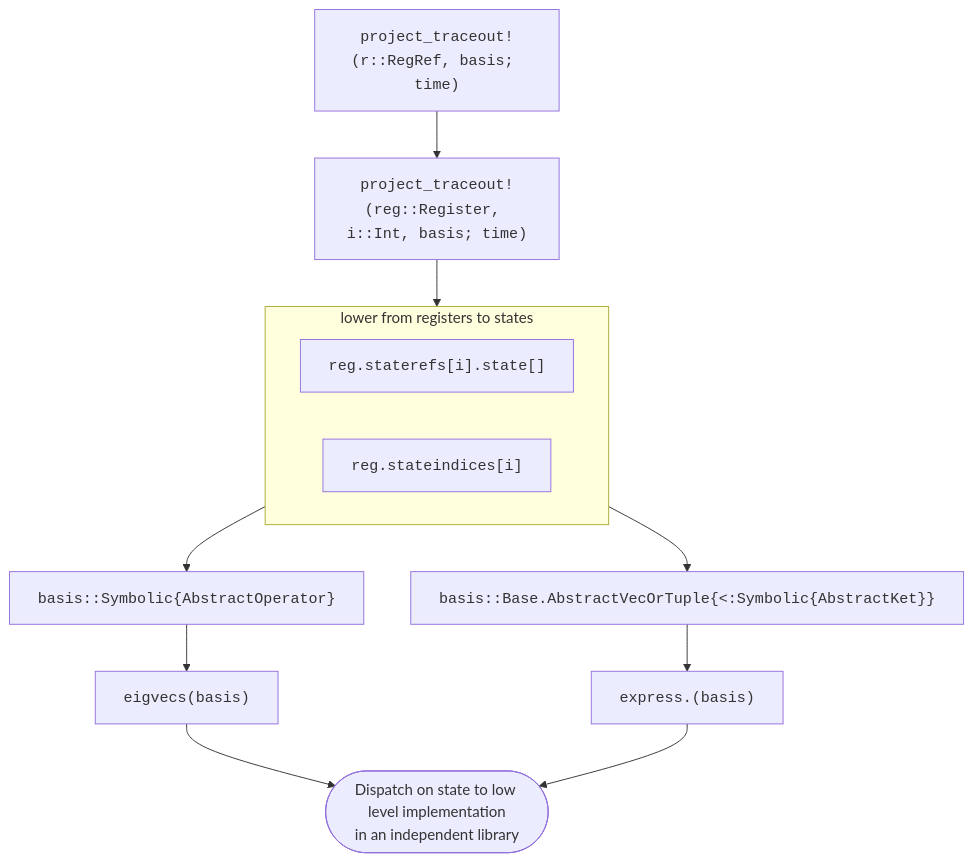
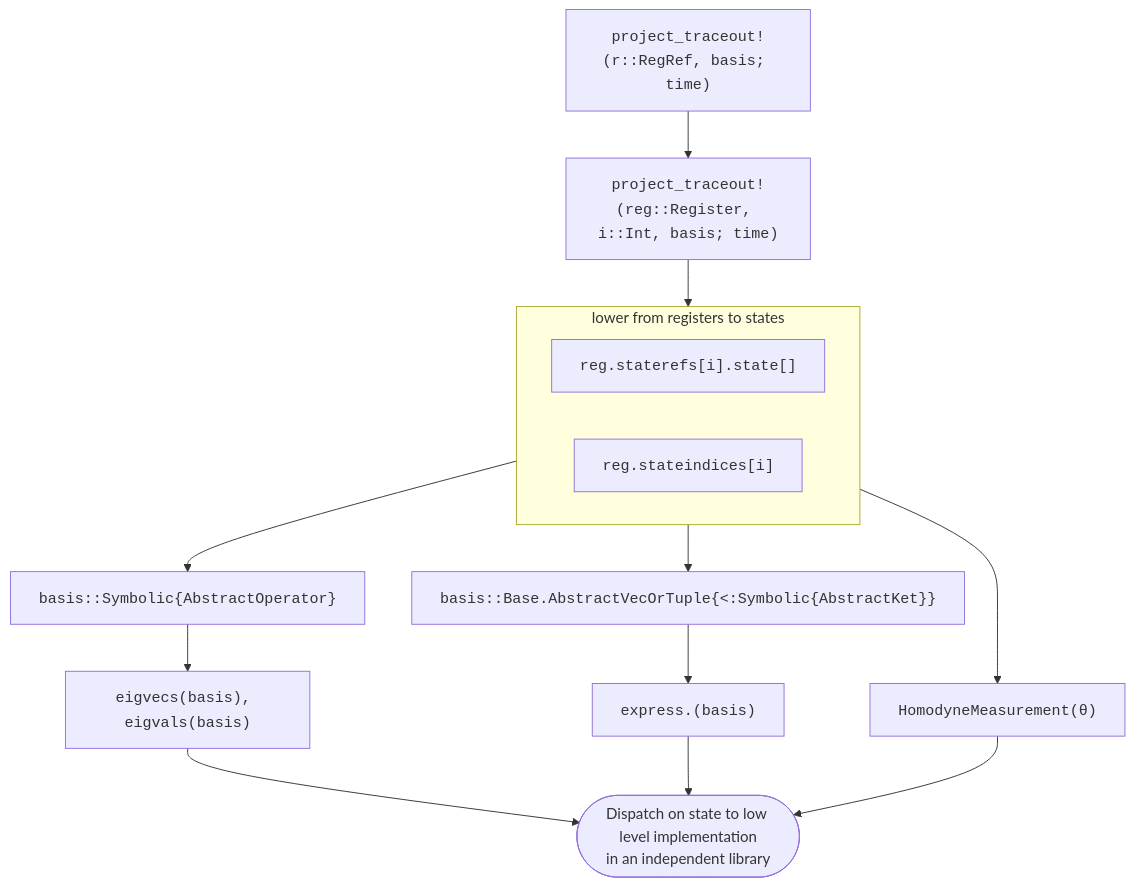
One commit to QuantumSavory/QuantumSavory.jl changed the fourth of 8 diagrams in docs/src/register_interface.md. Above: the diagram before and after it, drawn with Mermaid. The commit also changed other lines of this file and 37 other files, not shown here.

````diff
--- a/docs/src/register_interface.md
+++ b/docs/src/register_interface.md
@@ -220,18 +229,20 @@
 ```mermaid
 flowchart TB
   A["<code>project_traceout!(r::RegRef, basis; time)</code>"]
   B["<code>project_traceout!(reg::Register, i::Int, basis; time)</code>"]
   subgraph TOP [lower from registers to states]
     direction LR
     D1["<code>reg.staterefs[i].state[]</code>"]
     D2["<code>reg.stateindices[i]</code>"]
   end
   E1["<code>basis::Symbolic{AbstractOperator}</code>"]
-  F1["<code>eigvecs(basis)</code>"]
+  F1["<code>eigvecs(basis), eigvals(basis)</code>"]
   E2["<code>basis::Base.AbstractVecOrTuple{<:Symbolic{AbstractKet}}</code>"]
   F2["<code>express.(basis)</code>"]
+  E3["<code>HomodyneMeasurement(θ)</code>"]
   G([Dispatch on state to low level implementation<br>in an independent library])
   A --> B --> TOP
   TOP --> E1 --> F1 --> G
   TOP --> E2 --> F2 --> G
+  TOP --> E3 --> G
 ```
````
